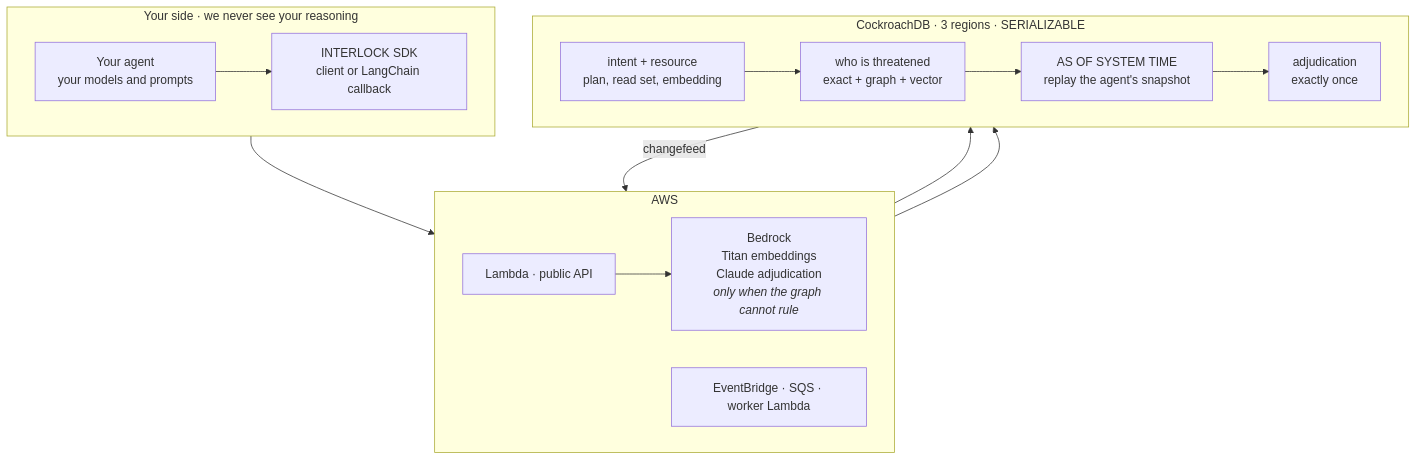
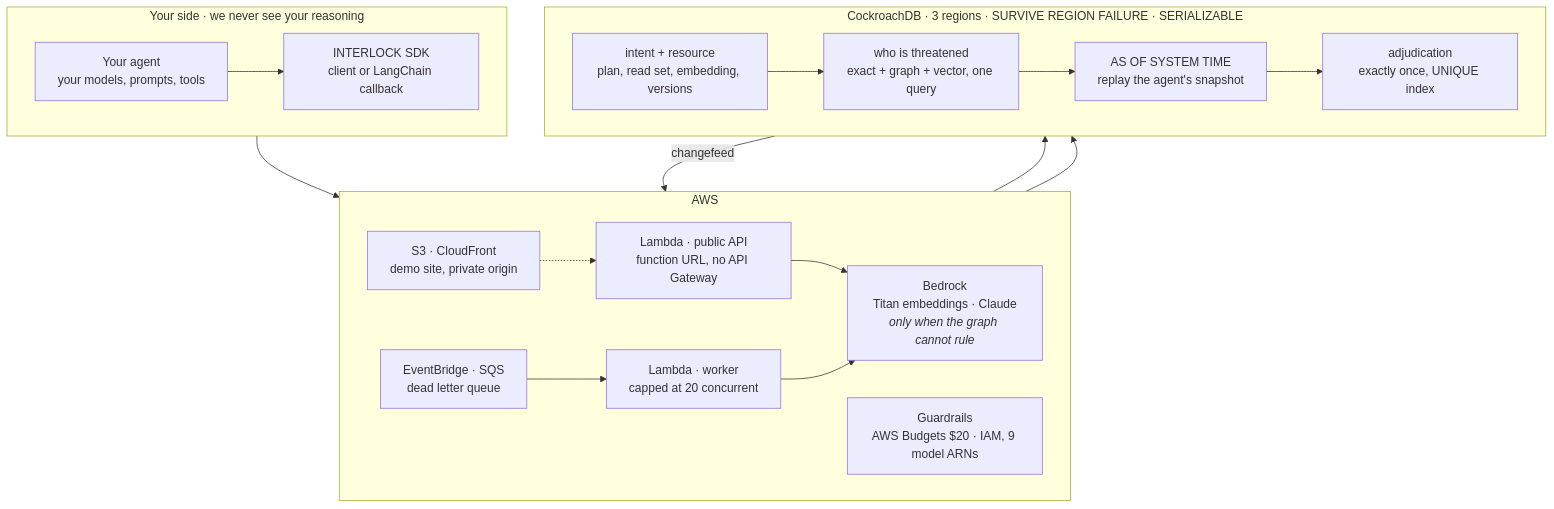
The second of 2 diagrams in README.md (usv240/interlock), drawn with Mermaid before and after one commit.

Commit message:
README architecture diagram now matches the uploaded PNG
Adds the components the simplified version had dropped: S3 and CloudFront,
the worker split from the queue, and the guardrails box. Every element in
docs/architecture.png now appears in the README diagram too, so a judge
moving between the repo and the Devpost upload sees the same system.

````diff
--- a/README.md
+++ b/README.md
@@ -141,27 +141,33 @@
 ```mermaid
 flowchart TB
     subgraph yours["Your side · we never see your reasoning"]
         direction LR
-        AGENT["Your agent<br/>your models and prompts"] --> SDK["INTERLOCK SDK<br/>client or LangChain callback"]
+        AGENT["Your agent<br/>your models, prompts, tools"] --> SDK["INTERLOCK SDK<br/>client or LangChain callback"]
     end
 
     subgraph aws["AWS"]
         direction LR
-        API["Lambda · public API"]
-        BEDROCK["Bedrock<br/>Titan embeddings<br/>Claude adjudication<br/><i>only when the graph cannot rule</i>"]
-        ASYNC["EventBridge · SQS · worker Lambda"]
+        API["Lambda · public API<br/>function URL, no API Gateway"]
+        BEDROCK["Bedrock<br/>Titan embeddings · Claude<br/><i>only when the graph cannot rule</i>"]
+        QUEUE["EventBridge · SQS<br/>dead letter queue"]
+        WORKER["Lambda · worker<br/>capped at 20 concurrent"]
+        SITE["S3 · CloudFront<br/>demo site, private origin"]
+        GUARD["Guardrails<br/>AWS Budgets $20 · IAM, 9 model ARNs"]
     end
 
-    subgraph crdb["CockroachDB · 3 regions · SERIALIZABLE"]
+    subgraph crdb["CockroachDB · 3 regions · SURVIVE REGION FAILURE · SERIALIZABLE"]
         direction LR
-        MEM["intent + resource<br/>plan, read set, embedding"] --> DETECT["who is threatened<br/>exact + graph + vector"]
+        MEM["intent + resource<br/>plan, read set, embedding, versions"] --> DETECT["who is threatened<br/>exact + graph + vector, one query"]
         DETECT --> TIME["AS OF SYSTEM TIME<br/>replay the agent's snapshot"]
-        TIME --> ADJ["adjudication<br/>exactly once"]
+        TIME --> ADJ["adjudication<br/>exactly once, UNIQUE index"]
     end
 
     SDK --> API
     API --> MEM
     API --> BEDROCK
-    MEM -->|changefeed| ASYNC
-    ASYNC --> ADJ
+    MEM -->|changefeed| QUEUE
+    QUEUE --> WORKER
+    WORKER --> BEDROCK
+    WORKER --> ADJ
+    SITE -.-> API
 ```
````
